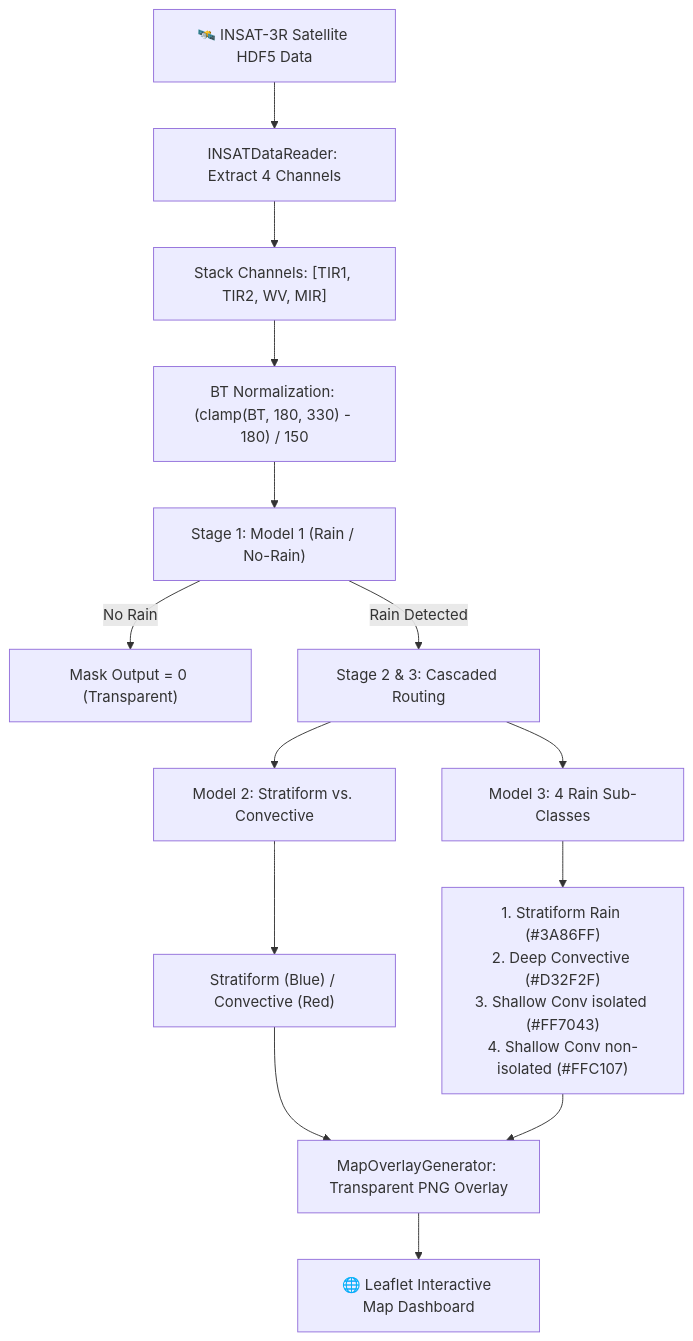
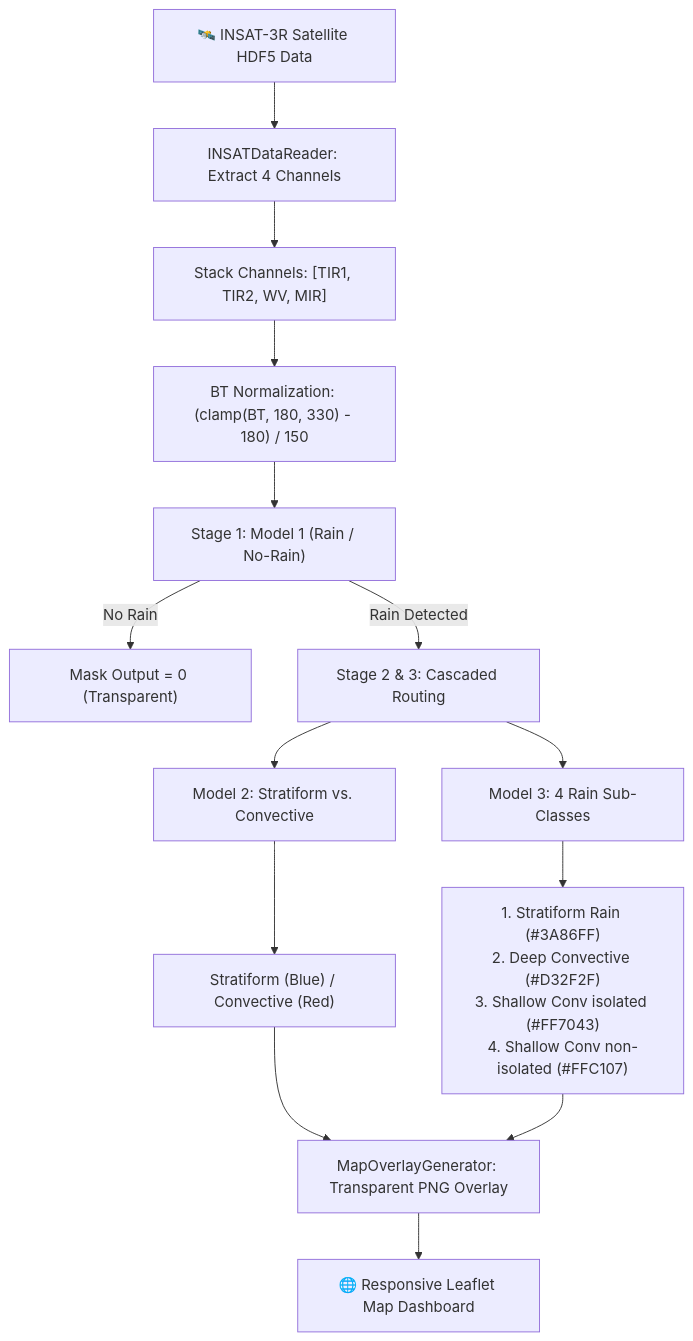
One commit to bapallinaveen60/PrecipCast changed the diagram in README.md. Above: the diagram before and after it, drawn with Mermaid. The commit also changed other lines of this file and 1 other file, not shown here.

Commit message:
Make UI responsive across mobile/tablet/desktop and embed application demo GIF in README

````diff
--- a/README.md
+++ b/README.md
@@ -35,20 +45,20 @@
 ```mermaid
 graph TD
     A["🛰️ INSAT-3R Satellite HDF5 Data"] --> B["INSATDataReader: Extract 4 Channels"]
     B --> C["Stack Channels: [TIR1, TIR2, WV, MIR]"]
     C --> D["BT Normalization: (clamp(BT, 180, 330) - 180) / 150"]
     D --> E["Stage 1: Model 1 (Rain / No-Rain)"]
     
     E -->|No Rain| F["Mask Output = 0 (Transparent)"]
     E -->|Rain Detected| G["Stage 2 & 3: Cascaded Routing"]
     
     G --> H["Model 2: Stratiform vs. Convective"]
     G --> I["Model 3: 4 Rain Sub-Classes"]
     
     H --> J["Stratiform (Blue) / Convective (Red)"]
     I --> K["1. Stratiform Rain (#3A86FF)<br>2. Deep Convective (#D32F2F)<br>3. Shallow Conv isolated (#FF7043)<br>4. Shallow Conv non-isolated (#FFC107)"]
     
     J --> L["MapOverlayGenerator: Transparent PNG Overlay"]
     K --> L
-    L --> M["🌐 Leaflet Interactive Map Dashboard"]
+    L --> M["🌐 Responsive Leaflet Map Dashboard"]
 ```
````
